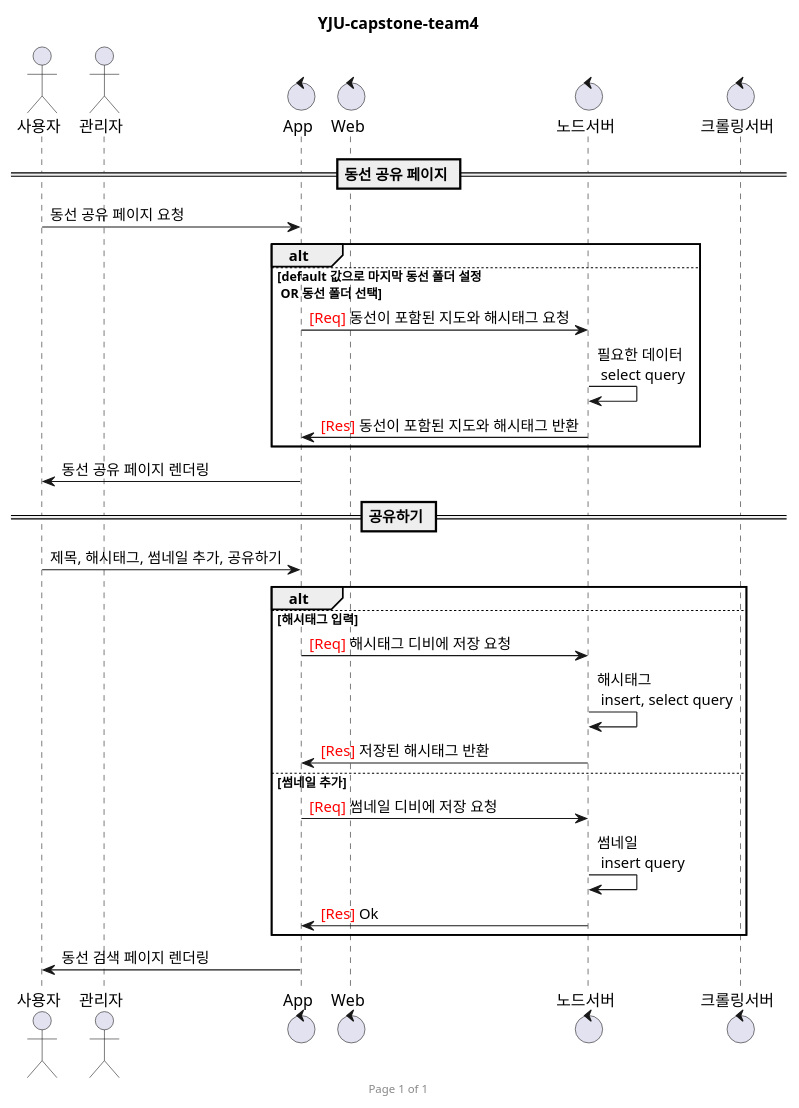
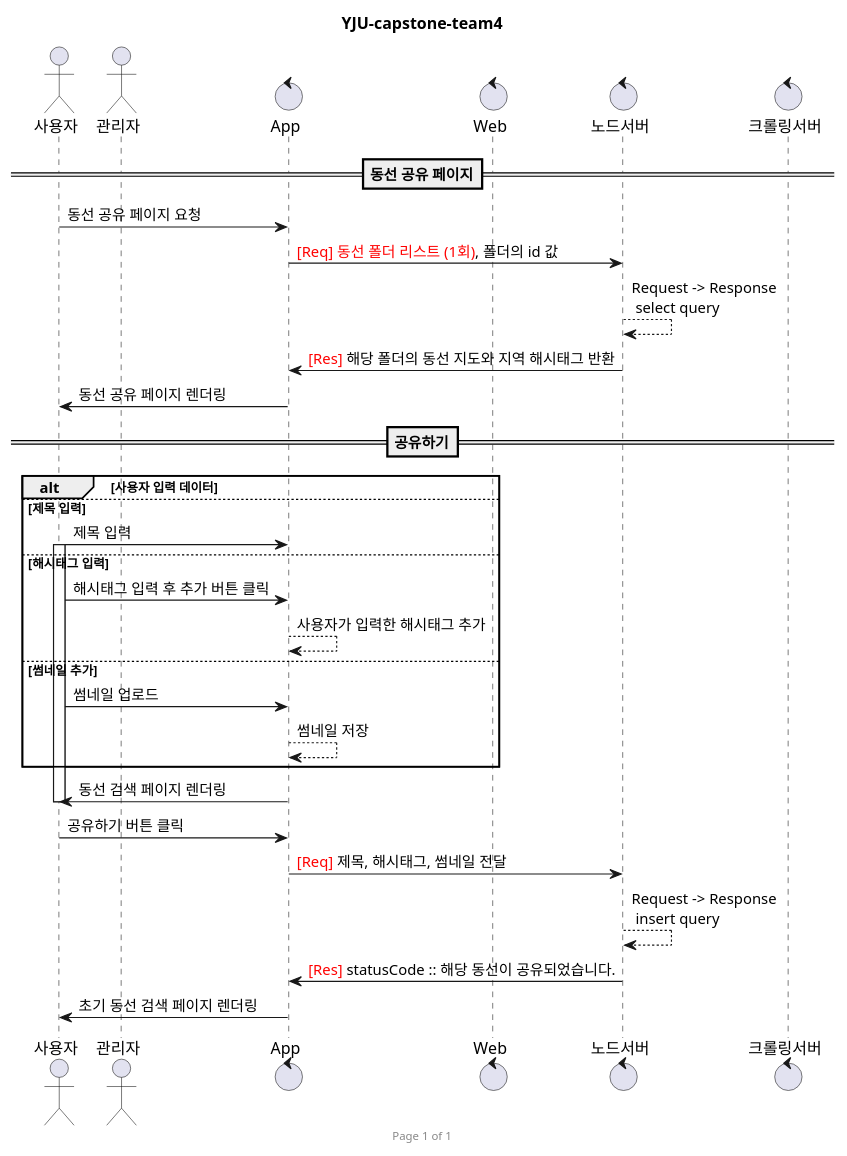
Before and after one commit to Samsam-lee/React.js-project-AdminWeb: the diagram in share_course.wsd, drawn with PlantUML. The commit also changed 3 other files, not shown here.

```diff
--- a/share_course.wsd
+++ b/share_course.wsd
@@ -1,37 +1,42 @@
 @startuml
 
 title YJU-capstone-team4
 footer Page %page% of %lastpage%
 
 actor 사용자 as User
 actor 관리자 as Admin
 
 control App
 control Web
 control 노드서버 as Node
 control 크롤링서버 as Lamda
 
-== 동선 공유 페이지 ==
+==동선 공유 페이지==
 User -> App : 동선 공유 페이지 요청
-    alt 
-    else default 값으로 마지막 동선 폴더 설정 \n OR 동선 폴더 선택
-        App -> Node : <font color=red>[Req]</font> 동선이 포함된 지도와 해시태그 요청
-            Node -> Node : 필요한 데이터 \n select query
-        Node -> App : <font color=red>[Res]</font> 동선이 포함된 지도와 해시태그 반환
-    end
+    App -> Node : <font color=red>[Req] 동선 폴더 리스트 (1회)</font>, 폴더의 id 값
+        Node --> Node : Request -> Response \n select query
+    Node -> App : <font color=red>[Res]</font> 해당 폴더의 동선 지도와 지역 해시태그 반환
 App -> User : 동선 공유 페이지 렌더링
 
-== 공유하기 ==
-User -> App : 제목, 해시태그, 썸네일 추가, 공유하기
-    alt 
-    else 해시태그 입력
-        App -> Node : <font color=red>[Req]</font> 해시태그 디비에 저장 요청
-            Node -> Node : 해시태그 \n insert, select query
-        Node -> App : <font color=red>[Res]</font> 저장된 해시태그 반환
-    else 썸네일 추가
-        App -> Node : <font color=red>[Req]</font> 썸네일 디비에 저장 요청
-            Node -> Node : 썸네일 \n insert query
-        Node -> App : <font color=red>[Res]</font> Ok
-    end
-App -> User : 동선 검색 페이지 렌더링
+==공유하기==
+alt 사용자 입력 데이터
+else 제목 입력
+    User -> App : 제목 입력
+activate User
+else 해시태그 입력
+    User -> App : 해시태그 입력 후 추가 버튼 클릭
+    App --> App : 사용자가 입력한 해시태그 추가
+else 썸네일 추가
+    User -> App : 썸네일 업로드
+    App --> App : 썸네일 저장
+end
+    App -> User : 동선 검색 페이지 렌더링
+deactivate User
+
+User -> App : 공유하기 버튼 클릭
+    App -> Node : <font color=red>[Req]</font> 제목, 해시태그, 썸네일 전달
+    Node --> Node : Request -> Response \n insert query
+    Node -> App : <font color=red>[Res]</font> statusCode :: 해당 동선이 공유되었습니다.
+App -> User : 초기 동선 검색 페이지 렌더링    
+
 @enduml
```
